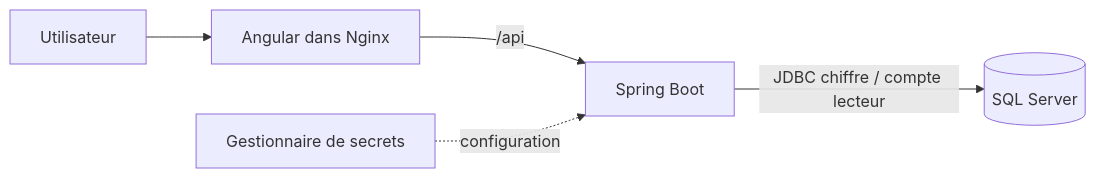
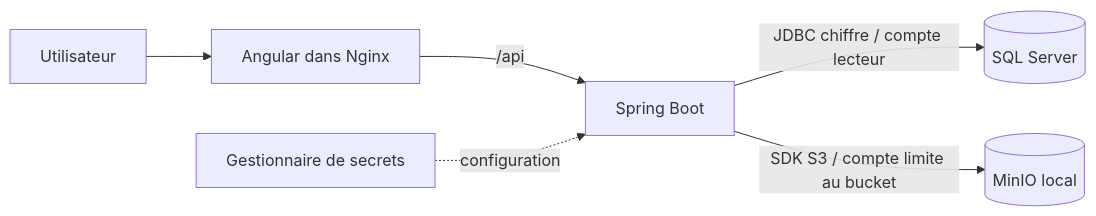
The first of 2 diagrams in docs/architecture-cloud.md (l8haitham-ctrl/distibuteddatam2), drawn with Mermaid before and after one commit. The commit also changed other lines of this file and 21 other files, not shown here.

Commit message:
Add modular MinIO storage with private bucket bootstrap

````diff
--- a/docs/architecture-cloud.md
+++ b/docs/architecture-cloud.md
@@ -15,7 +15,8 @@
 ```mermaid
 flowchart LR
     U[Utilisateur] --> F[Angular dans Nginx]
     F -->|/api| B[Spring Boot]
     B -->|JDBC chiffre / compte lecteur| DB[(SQL Server)]
+    B -->|SDK S3 / compte limite au bucket| M[(MinIO local)]
     S[Gestionnaire de secrets] -. configuration .-> B
 ```
````
